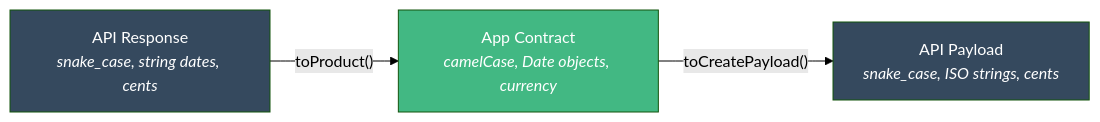
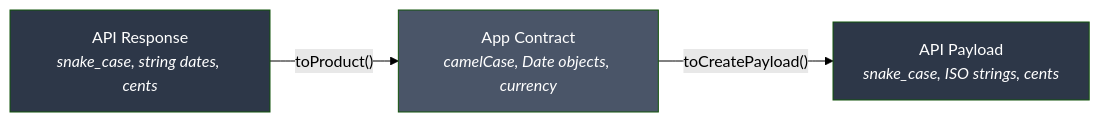
Before and after one commit to NoaiRox/specialist-agent: the second of 3 diagrams in docs/guide/layers.md, drawn with Mermaid (forest theme). The commit also changed other lines of this file and 7 other files, not shown here.

First line of the commit message:
refactor(docs): make ARCHITECTURE.md optional and docs framework-agnostic (#60)

````diff
--- a/docs/guide/layers.md
+++ b/docs/guide/layers.md
@@ -91,9 +98,9 @@
 ```mermaid
 graph LR
     API["API Response<br/><i>snake_case, string dates, cents</i>"] -->|"toProduct()"| App["App Contract<br/><i>camelCase, Date objects, currency</i>"]
     App -->|"toCreatePayload()"| API2["API Payload<br/><i>snake_case, ISO strings, cents</i>"]
 
-    style API fill:#35495e,color:#fff
-    style App fill:#42b883,color:#fff
-    style API2 fill:#35495e,color:#fff
+    style API fill:#2d3748,color:#fff
+    style App fill:#4a5568,color:#fff
+    style API2 fill:#2d3748,color:#fff
 ```
````
